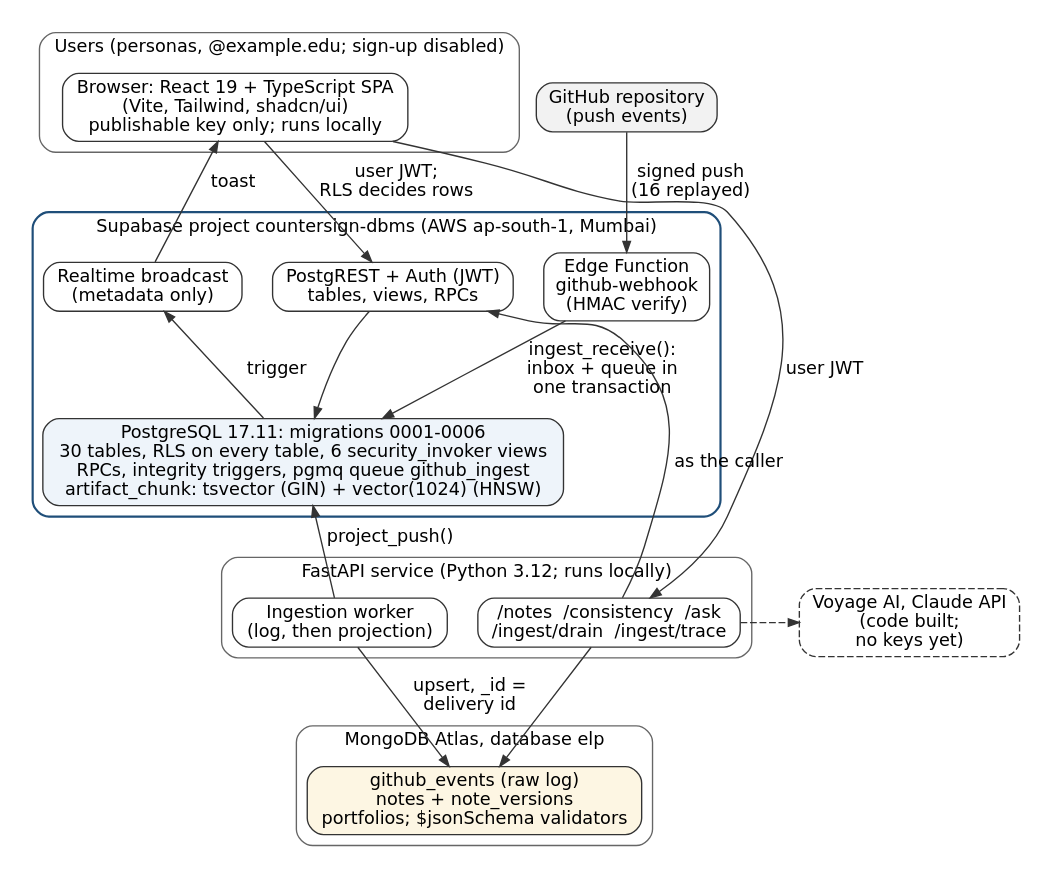
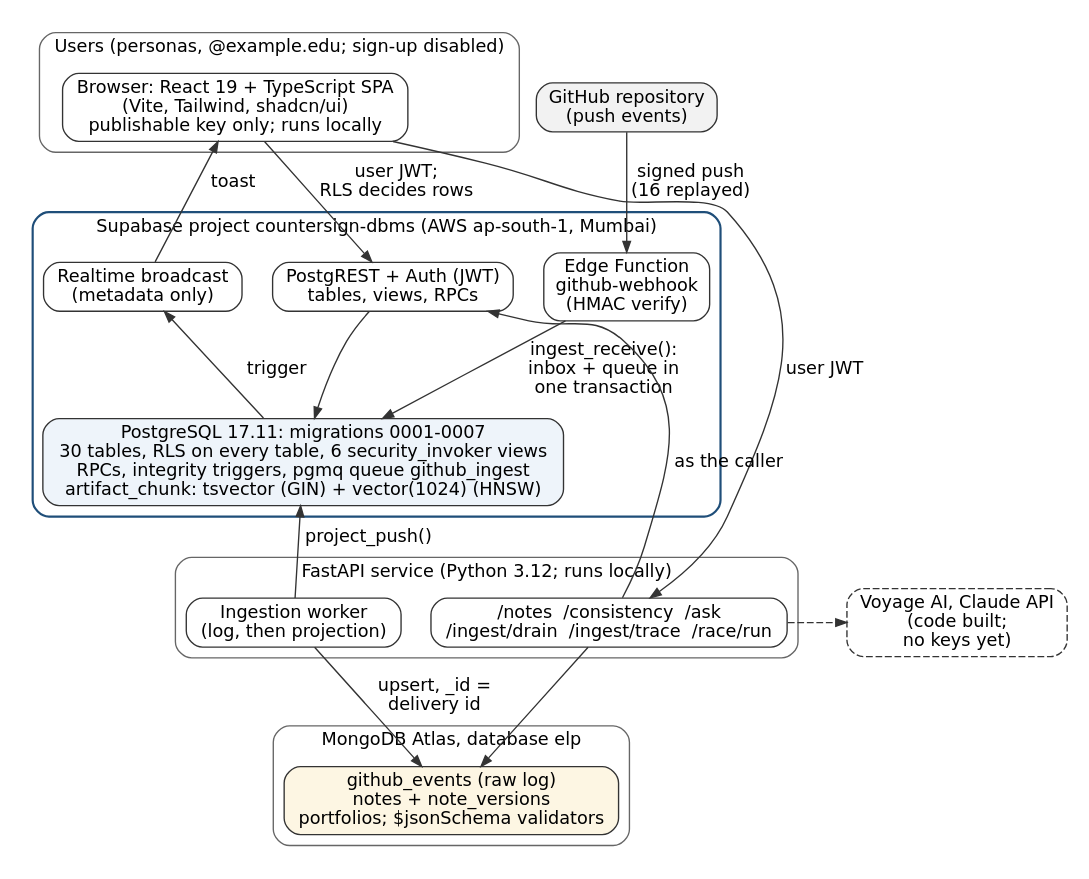
The diagram in docs/lab/diagrams/c7/c7_architecture.dot (Arun-Sanjay/countersign-dbms), drawn with Graphviz before and after one commit. The commit also changed 129 other files, not shown here.

```diff
--- a/docs/lab/diagrams/c7/c7_architecture.dot
+++ b/docs/lab/diagrams/c7/c7_architecture.dot
@@ -1,58 +1,58 @@
-// C7 Midterm Report, Figure 1: system architecture as built on 5 Nov 2026.
+// C7 Midterm Report, Figure 1: system architecture as built on 19 Nov 2026.
 // Solid = built and exercised by a test or a live run; dashed = built but not exercised
 // against the real service. Hosting on Vercel is planned and is named in the caption only. Live-project facts were read on 5 Nov 2026 through the
-// Supabase Management API (read-only query): migrations 0001-0006, 10 ingest_event rows
-// (9 projected, 1 ignored), 29 GitHub contributions, 58 chunks, 7 app_user rows.
+// Supabase Management API (read-only query): 10 ingest_event rows (9 projected, 1 ignored),
+// 29 GitHub contributions, 58 chunks. Migrations 0001-0007 re-checked on 19 Nov 2026.
 digraph architecture {
     graph [rankdir=TB, fontname="DejaVu Sans", fontsize=13, nodesep=0.3, ranksep=0.42, pad=0.12,
            compound=true, newrank=true];
     node  [fontname="DejaVu Sans", fontsize=13, shape=box, style="rounded,filled", fillcolor="#ffffff", color="#333333"];
     edge  [fontname="DejaVu Sans", fontsize=13, color="#333333", arrowsize=0.8];
 
     subgraph cluster_users {
         label="Users (personas, @example.edu; sign-up disabled)"; style=rounded; color="#666666";
         browser [label="Browser: React 19 + TypeScript SPA\n(Vite, Tailwind, shadcn/ui)\npublishable key only; runs locally"];
     }
 
     github [label="GitHub repository\n(push events)", fillcolor="#f2f2f2"];
 
     subgraph cluster_supa {
         label="Supabase project countersign-dbms (AWS ap-south-1, Mumbai)"; style=rounded; color="#1f4e79"; penwidth=1.6;
         rest   [label="PostgREST + Auth (JWT)\ntables, views, RPCs"];
         edge_fn [label="Edge Function\ngithub-webhook\n(HMAC verify)"];
         rt     [label="Realtime broadcast\n(metadata only)"];
-        db     [label="PostgreSQL 17.11: migrations 0001-0006\n30 tables, RLS on every table, 6 security_invoker views\nRPCs, integrity triggers, pgmq queue github_ingest\nartifact_chunk: tsvector (GIN) + vector(1024) (HNSW)", fillcolor="#eef4fa"];
+        db     [label="PostgreSQL 17.11: migrations 0001-0007\n30 tables, RLS on every table, 6 security_invoker views\nRPCs, integrity triggers, pgmq queue github_ingest\nartifact_chunk: tsvector (GIN) + vector(1024) (HNSW)", fillcolor="#eef4fa"];
         { rank=same; rest; edge_fn; rt; }
     }
 
     subgraph cluster_api {
         label="FastAPI service (Python 3.12; runs locally)"; style=rounded; color="#666666";
-        api    [label="/notes  /consistency  /ask\n/ingest/drain  /ingest/trace"];
+        api    [label="/notes  /consistency  /ask\n/ingest/drain  /ingest/trace  /race/run"];
         worker [label="Ingestion worker\n(log, then projection)"];
     }
 
     subgraph cluster_atlas {
         label="MongoDB Atlas, database elp"; style=rounded; color="#666666";
         mdb [label="github_events (raw log)\nnotes + note_versions\nportfolios; $jsonSchema validators", fillcolor="#fdf6e3"];
     }
 
     ai [label="Voyage AI, Claude API\n(code built;\nno keys yet)", style="rounded,dashed"];
 
     { rank=same; browser; github; }
     { rank=same; api; worker; ai; }
 
     browser -> rest   [label=" user JWT;\n RLS decides rows"];
     browser -> rt     [label=" toast", dir=back];
     github -> edge_fn [label=" signed push\n (16 replayed)"];
     edge_fn -> db     [label=" ingest_receive():\n inbox + queue in\n one transaction"];
     rest -> db;
     rt -> db          [label=" trigger", dir=back];
     db -> api         [style=invis];
     rest -> api       [style=invis, weight=8];
     api -> rest       [label=" as the caller", constraint=false];
     browser -> api    [label=" user JWT", constraint=false];
     db -> worker      [label=" project_push()", dir=back];
     worker -> mdb     [label=" upsert, _id =\n delivery id"];
     api -> mdb;
     api -> ai         [style=dashed];
 }
```
